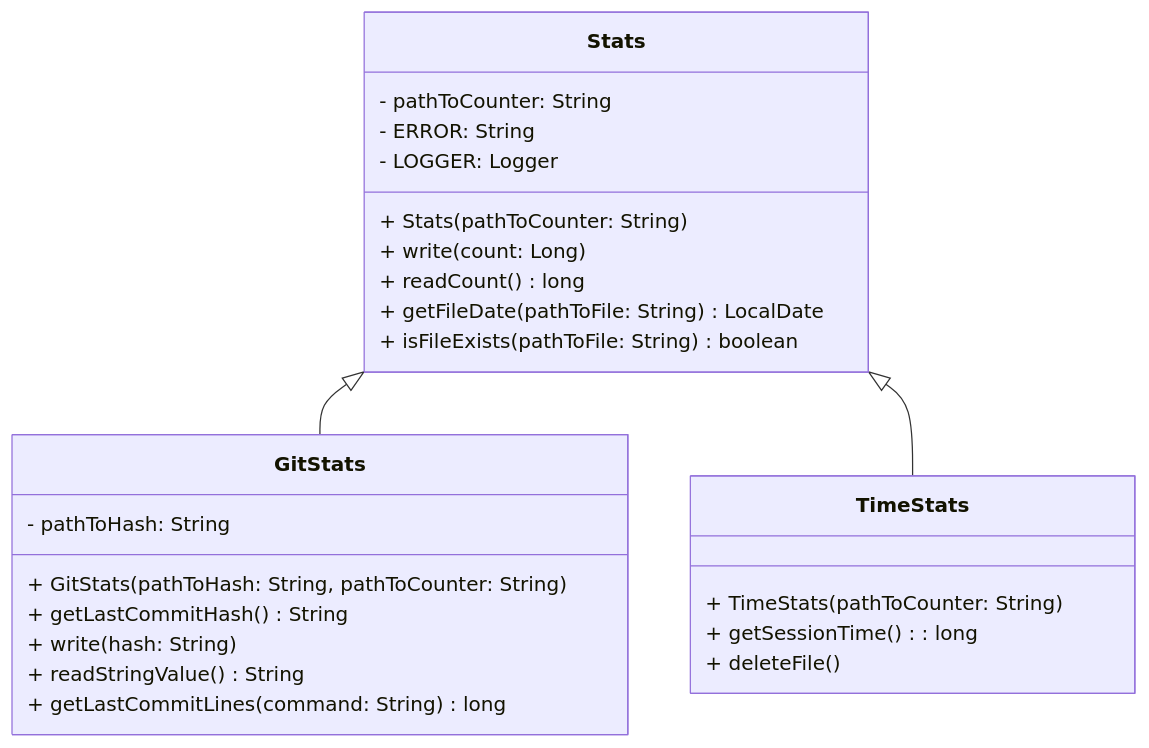
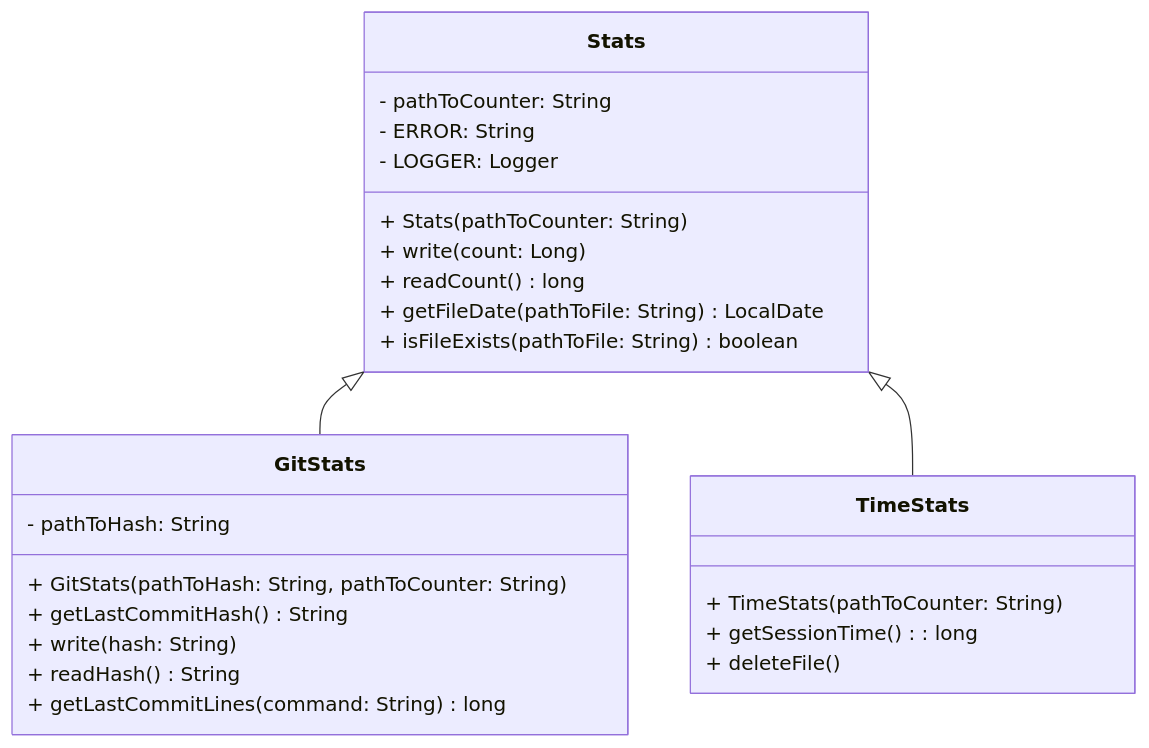
Before and after one commit to AlexandrAnatoliev/jvim-plugins: the first of 4 diagrams in vimstat/README.md, drawn with Mermaid. The commit also changed other lines of this file and 3 other files, not shown here.

First line of the commit message:
rafactor(vimstat): rename readStringValue into readHash

````diff
--- a/vimstat/README.md
+++ b/vimstat/README.md
@@ -142,32 +142,32 @@
 ```mermaid
 classDiagram
 
   class Stats {
     - pathToCounter: String 
     - ERROR: String 
     - LOGGER: Logger
     + Stats(pathToCounter: String)
     + write(count: Long )
     + readCount() long 
     + getFileDate(pathToFile: String) LocalDate
     + isFileExists(pathToFile: String) boolean 
   }
 
   class GitStats {
     - pathToHash: String 
     + GitStats(pathToHash: String, pathToCounter: String)
     + getLastCommitHash() String 
     + write(hash: String) 
-    + readStringValue() String
+    + readHash() String
     + getLastCommitLines(command: String) long
   }
 
   class TimeStats {
     + TimeStats(pathToCounter: String)
     + getSessionTime(): long 
     + deleteFile() 
   }
 
   Stats <|-- GitStats
   Stats <|-- TimeStats
 ```
````
